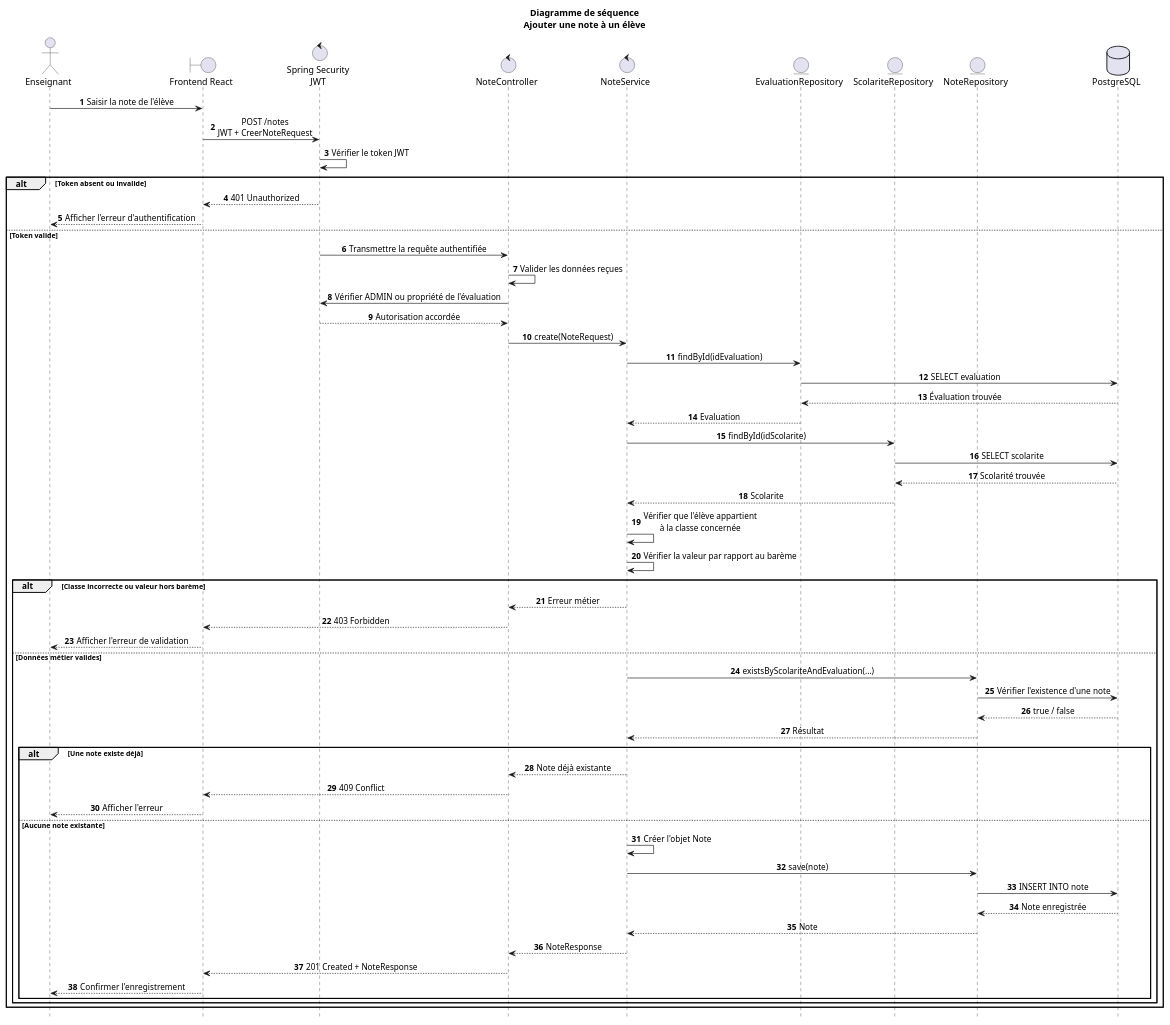
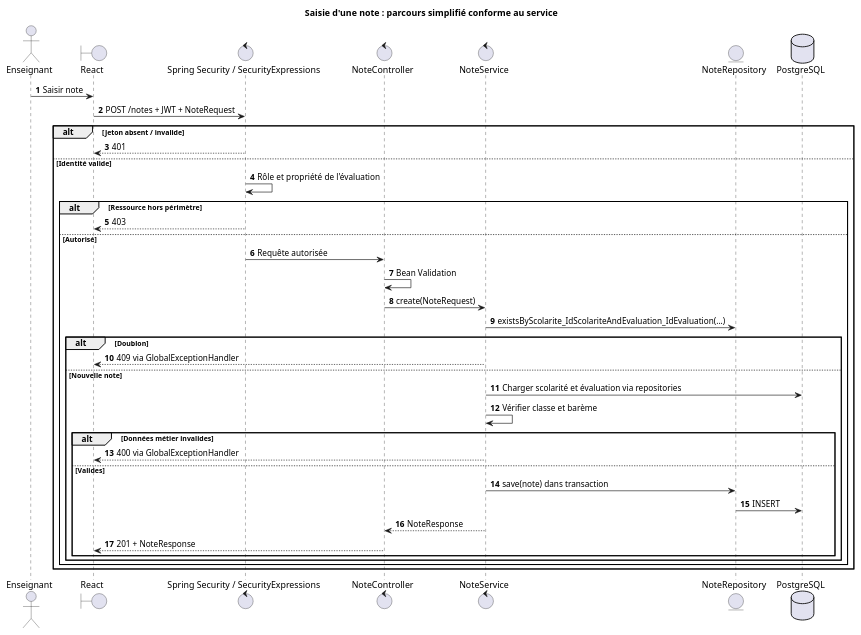
Before and after one commit to Florian2524/gestion-eleves: the diagram in docs/uml/sequence-ajouter-note.puml, drawn with PlantUML. The commit also changed 21 other files, not shown here.

```diff
--- a/docs/uml/sequence-ajouter-note.puml
+++ b/docs/uml/sequence-ajouter-note.puml
@@ -1,91 +1,40 @@
 @startuml
-hide footbox
-title Diagramme de séquence\nAjouter une note à un élève
-
+title Saisie d'une note : parcours simplifié conforme au service
 autonumber
-
-skinparam shadowing false
-skinparam responseMessageBelowArrow true
-skinparam sequenceMessageAlign center
-
 actor Enseignant
-
-boundary "Frontend React" as Frontend
-control "Spring Security\nJWT" as Security
-control "NoteController" as Controller
-control "NoteService" as Service
-
-entity "EvaluationRepository" as EvaluationRepository
-entity "ScolariteRepository" as ScolariteRepository
-entity "NoteRepository" as NoteRepository
-
-database "PostgreSQL" as Database
-
-Enseignant -> Frontend : Saisir la note de l'élève
-Frontend -> Security : POST /notes\nJWT + CreerNoteRequest
-
-Security -> Security : Vérifier le token JWT
-
-alt Token absent ou invalide
-
-    Security --> Frontend : 401 Unauthorized
-    Frontend --> Enseignant : Afficher l'erreur d'authentification
-
-else Token valide
-
-    Security -> Controller : Transmettre la requête authentifiée
-
-    Controller -> Controller : Valider les données reçues
-    Controller -> Security : Vérifier ADMIN ou propriété de l'évaluation
-    Security --> Controller : Autorisation accordée
-    Controller -> Service : create(NoteRequest)
-
-    Service -> EvaluationRepository : findById(idEvaluation)
-    EvaluationRepository -> Database : SELECT evaluation
-    Database --> EvaluationRepository : Évaluation trouvée
-    EvaluationRepository --> Service : Evaluation
-
-    Service -> ScolariteRepository : findById(idScolarite)
-    ScolariteRepository -> Database : SELECT scolarite
-    Database --> ScolariteRepository : Scolarité trouvée
-    ScolariteRepository --> Service : Scolarite
-
-    Service -> Service : Vérifier que l'élève appartient\nà la classe concernée
-    Service -> Service : Vérifier la valeur par rapport au barème
-
-    alt Classe incorrecte ou valeur hors barème
-
-        Service --> Controller : Erreur métier
-        Controller --> Frontend : 403 Forbidden
-        Frontend --> Enseignant : Afficher l'erreur de validation
-
-    else Données métier valides
-
-        Service -> NoteRepository : existsByScolariteAndEvaluation(...)
-        NoteRepository -> Database : Vérifier l'existence d'une note
-        Database --> NoteRepository : true / false
-        NoteRepository --> Service : Résultat
-
-        alt Une note existe déjà
-
-            Service --> Controller : Note déjà existante
-            Controller --> Frontend : 409 Conflict
-            Frontend --> Enseignant : Afficher l'erreur
-
-        else Aucune note existante
-
-            Service -> Service : Créer l'objet Note
-            Service -> NoteRepository : save(note)
-            NoteRepository -> Database : INSERT INTO note
-            Database --> NoteRepository : Note enregistrée
-            NoteRepository --> Service : Note
-
-            Service --> Controller : NoteResponse
-            Controller --> Frontend : 201 Created + NoteResponse
-            Frontend --> Enseignant : Confirmer l'enregistrement
-
-        end
-    end
+boundary React
+control "Spring Security / SecurityExpressions" as Security
+control NoteController
+control NoteService
+entity NoteRepository
+database PostgreSQL
+Enseignant -> React : Saisir note
+React -> Security : POST /notes + JWT + NoteRequest
+alt Jeton absent / invalide
+ Security --> React : 401
+else Identité valide
+ Security -> Security : Rôle et propriété de l'évaluation
+ alt Ressource hors périmètre
+  Security --> React : 403
+ else Autorisé
+  Security -> NoteController : Requête autorisée
+  NoteController -> NoteController : Bean Validation
+  NoteController -> NoteService : create(NoteRequest)
+  NoteService -> NoteRepository : existsByScolarite_IdScolariteAndEvaluation_IdEvaluation(...)
+  alt Doublon
+   NoteService --> React : 409 via GlobalExceptionHandler
+  else Nouvelle note
+   NoteService -> PostgreSQL : Charger scolarité et évaluation via repositories
+   NoteService -> NoteService : Vérifier classe et barème
+   alt Données métier invalides
+    NoteService --> React : 400 via GlobalExceptionHandler
+   else Valides
+    NoteService -> NoteRepository : save(note) dans transaction
+    NoteRepository -> PostgreSQL : INSERT
+    NoteService --> NoteController : NoteResponse
+    NoteController --> React : 201 + NoteResponse
+   end
+  end
+ end
 end
-
 @enduml
```
